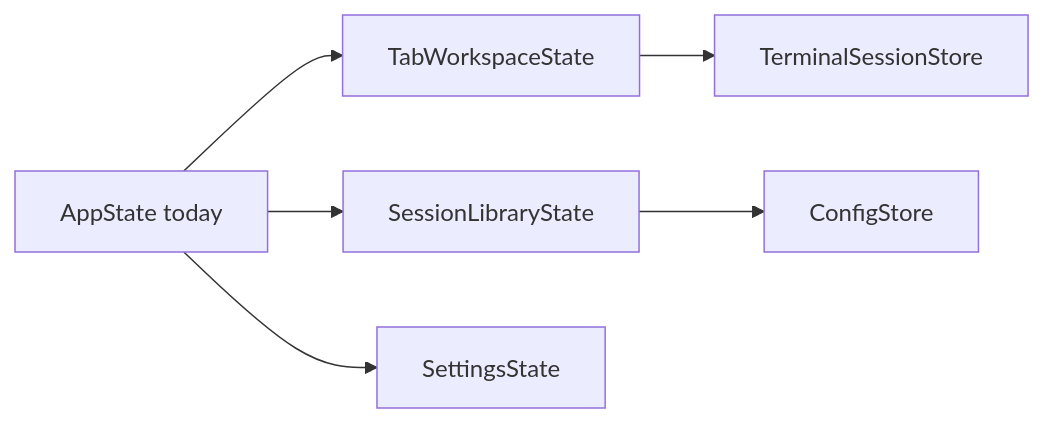
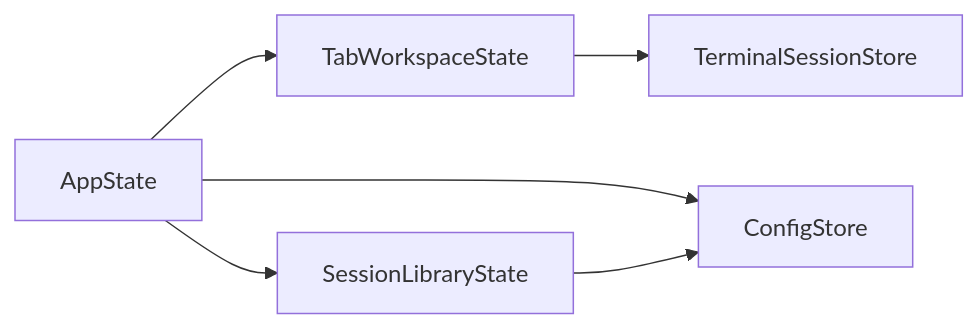
One commit to ashutoshkumarsinha/terminalmanager changed the eighth of 8 diagrams in docs/HLD.md. Above: the diagram before and after it, drawn with Mermaid. The commit also changed other lines of this file and 61 other files, not shown here.

````diff
--- a/docs/HLD.md
+++ b/docs/HLD.md
@@ -406,8 +406,8 @@
 ```mermaid
 flowchart LR
-    AS[AppState today] --> TWS[TabWorkspaceState]
+    AS[AppState] --> TWS[TabWorkspaceState]
     AS --> SLS[SessionLibraryState]
-    AS --> SS[SettingsState]
+    AS --> CS[ConfigStore]
     TWS --> TS[TerminalSessionStore]
-    SLS --> CS[ConfigStore]
+    SLS --> CS
 ```
````
